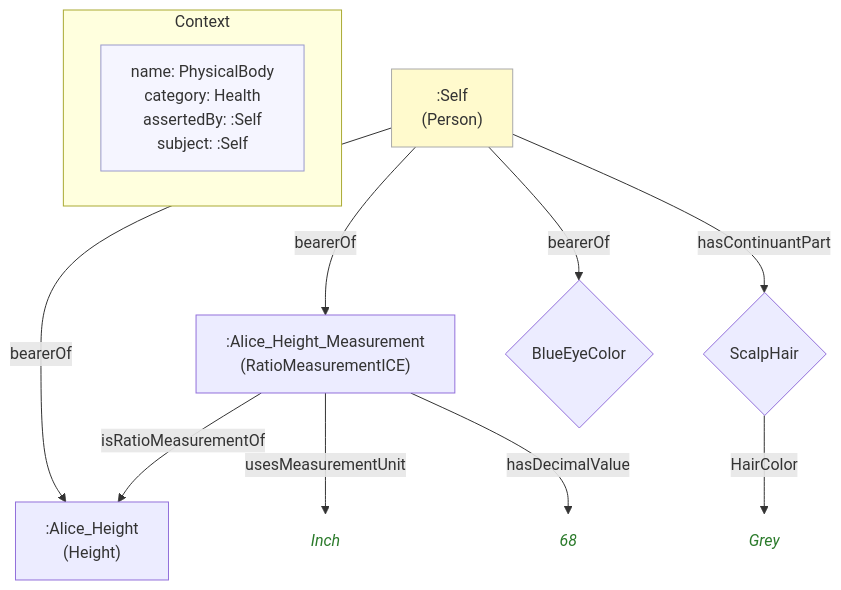
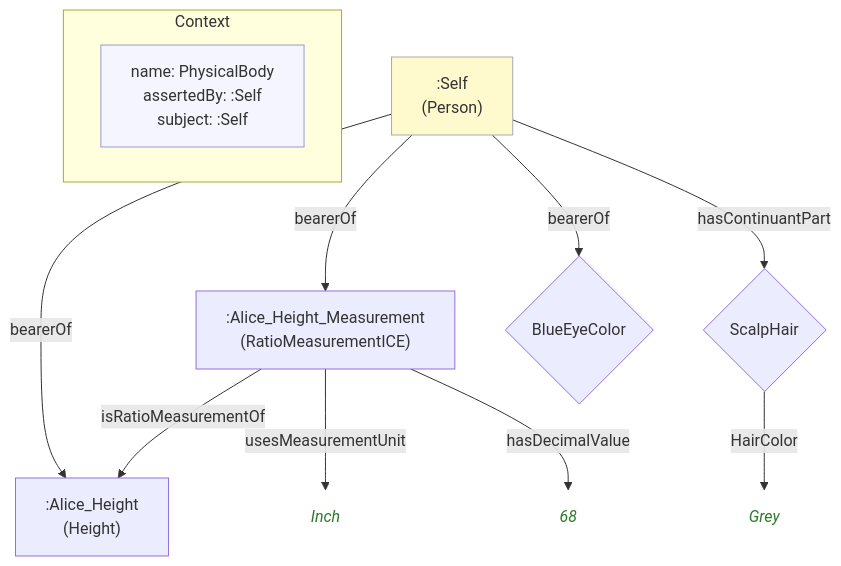
One commit to MeeFoundation/mia-ontologies changed the diagram in example/images/24-alice(health)alice.mmd. Above: the diagram before and after it, drawn with Mermaid. The commit also changed 74 other files, not shown here.

First line of the commit message:
Rename c:contextCategory property to c:category (context.ttl v1.0.44)

```diff
--- a/example/images/24-alice(health)alice.mmd
+++ b/example/images/24-alice(health)alice.mmd
@@ -1,30 +1,29 @@
-%% ContextCategory: context:Health
 flowchart TD
     classDef person fill:#fffacd,stroke:#aaa,color:#333
     classDef grp    fill:#d4edda,stroke:#aaa,color:#333
     classDef org    fill:#cce5ff,stroke:#aaa,color:#333
     classDef lit    fill:none,stroke:none,font-style:italic,color:#2a7a2a
     classDef meta   fill:#f5f5ff,stroke:#9999cc,color:#333
 
     subgraph ctx["Context"]
         direction LR
-        ctx_meta["name: PhysicalBody\ncategory: Health\nassertedBy: :Self\nsubject: :Self"]:::meta
+        ctx_meta["name: PhysicalBody\nassertedBy: :Self\nsubject: :Self"]:::meta
     end
 
     n5fecfaaf895f[":Alice_Height\n(Height)"]
     n89a1fac192dc[":Alice_Height_Measurement\n(RatioMeasurementICE)"]
     n07bac97f4199("Inch"):::lit
     nb51e42161d31("68"):::lit
     ne0c3ba92f1db[":Self\n(Person)"]:::person
-    n58cbb5498c77{"BlueEyeColor"}
-    n1c4025426cfb{"ScalpHair"}
-    ne8dd21238787("Grey"):::lit
+    n79843619227e{"BlueEyeColor"}
+    n166494ac88b0{"ScalpHair"}
+    n9c13cc503d6d("Grey"):::lit
 
     n89a1fac192dc -->|"isRatioMeasurementOf"| n5fecfaaf895f
     n89a1fac192dc -->|"usesMeasurementUnit"| n07bac97f4199
     n89a1fac192dc -->|"hasDecimalValue"| nb51e42161d31
     ne0c3ba92f1db -->|"bearerOf"| n5fecfaaf895f
     ne0c3ba92f1db -->|"bearerOf"| n89a1fac192dc
-    ne0c3ba92f1db -->|"bearerOf"| n58cbb5498c77
-    ne0c3ba92f1db -->|"hasContinuantPart"| n1c4025426cfb
-    n1c4025426cfb -->|"HairColor"| ne8dd21238787
+    ne0c3ba92f1db -->|"bearerOf"| n79843619227e
+    ne0c3ba92f1db -->|"hasContinuantPart"| n166494ac88b0
+    n166494ac88b0 -->|"HairColor"| n9c13cc503d6d
```
